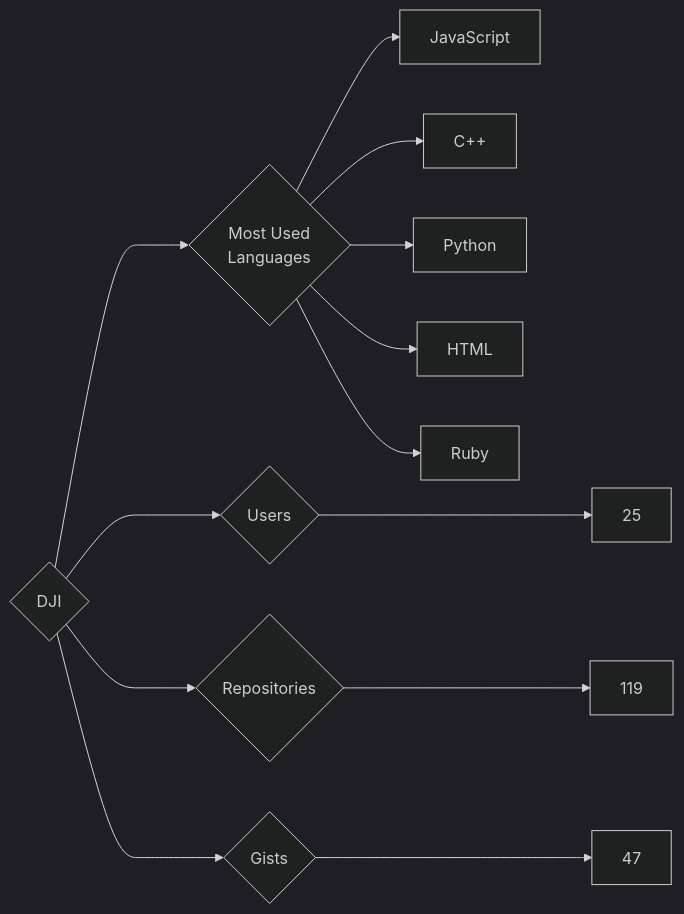
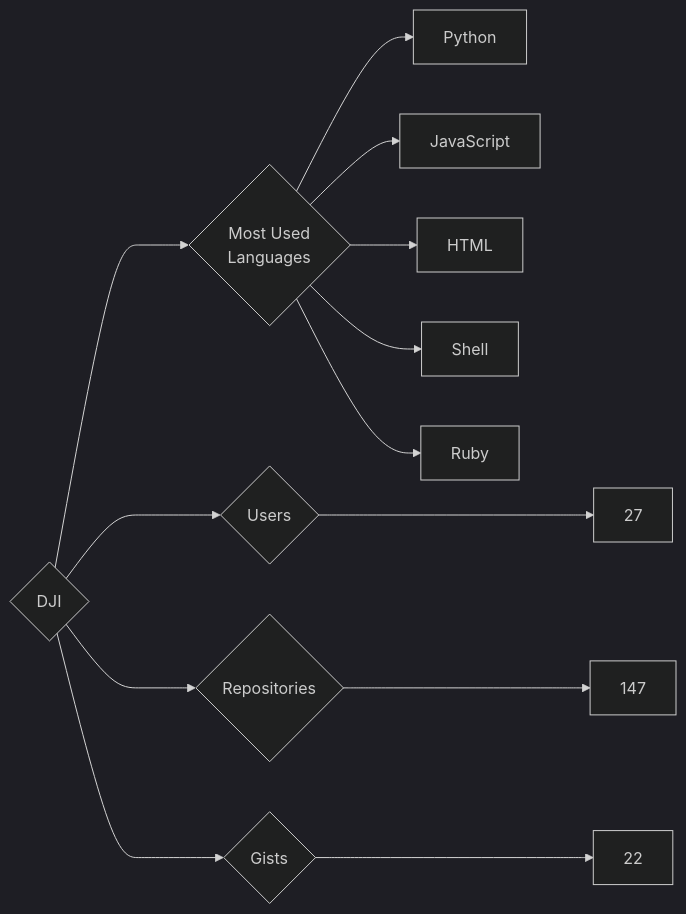
The diagram in targets/DJI/README.md (trickest/insiders), drawn with Mermaid (dark theme) before and after one commit. The commit also changed 874 other files, not shown here.

````diff
--- a/targets/DJI/README.md
+++ b/targets/DJI/README.md
@@ -3,13 +3,13 @@
 ```mermaid
 graph LR
 COMPANY_NAME{DJI}
-COMPANY_NAME ---> U{Users} ---> UN[25]
-COMPANY_NAME ---> R{Repositories} ---> RN[119]
-COMPANY_NAME ---> G{Gists} ---> GN[47]
+COMPANY_NAME ---> U{Users} ---> UN[27]
+COMPANY_NAME ---> R{Repositories} ---> RN[147]
+COMPANY_NAME ---> G{Gists} ---> GN[22]
 COMPANY_NAME ---> ML{Most Used<br>Languages}
+ML --> Python[Python]
 ML --> JavaScript[JavaScript]
-ML --> C++[C++]
-ML --> Python[Python]
 ML --> HTML[HTML]
+ML --> Shell[Shell]
 ML --> Ruby[Ruby]
 ```
````
